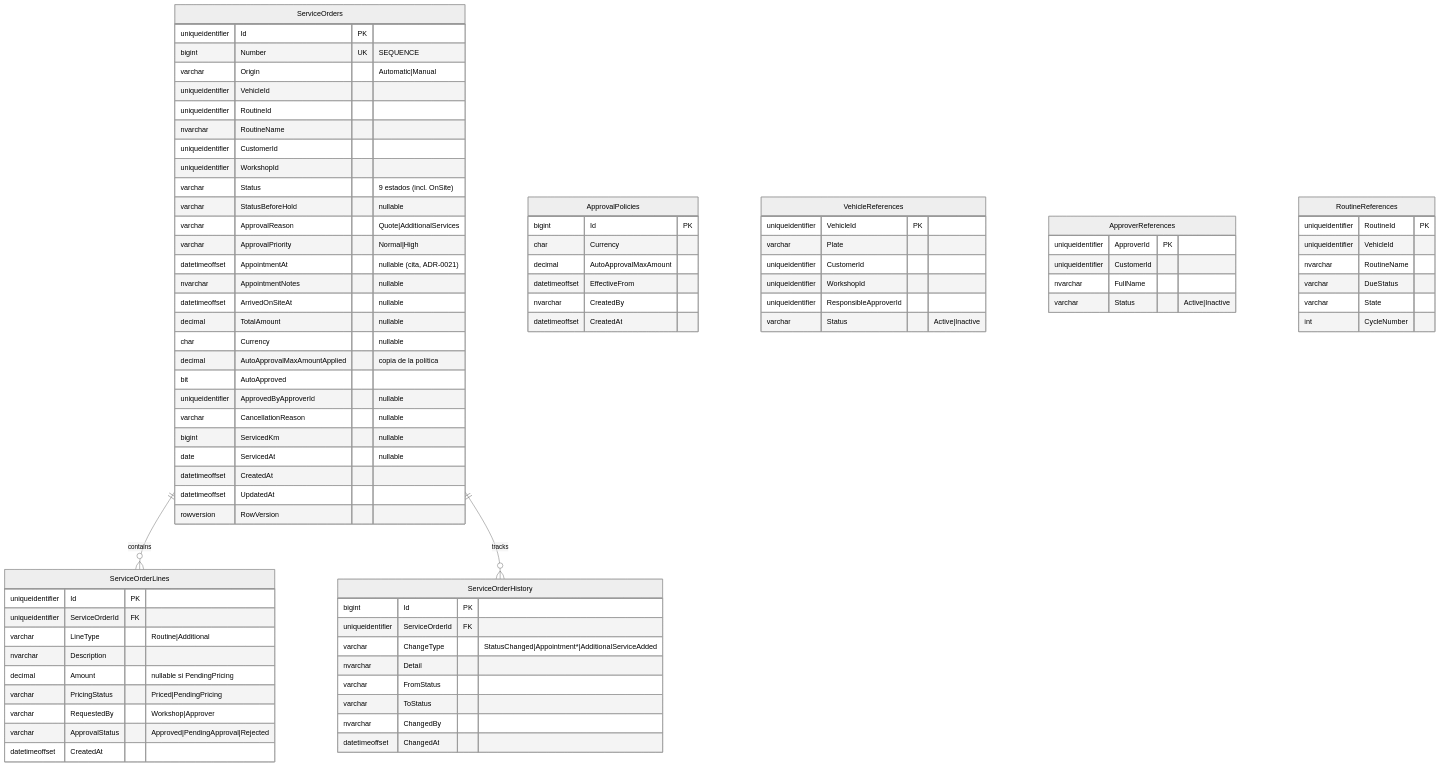
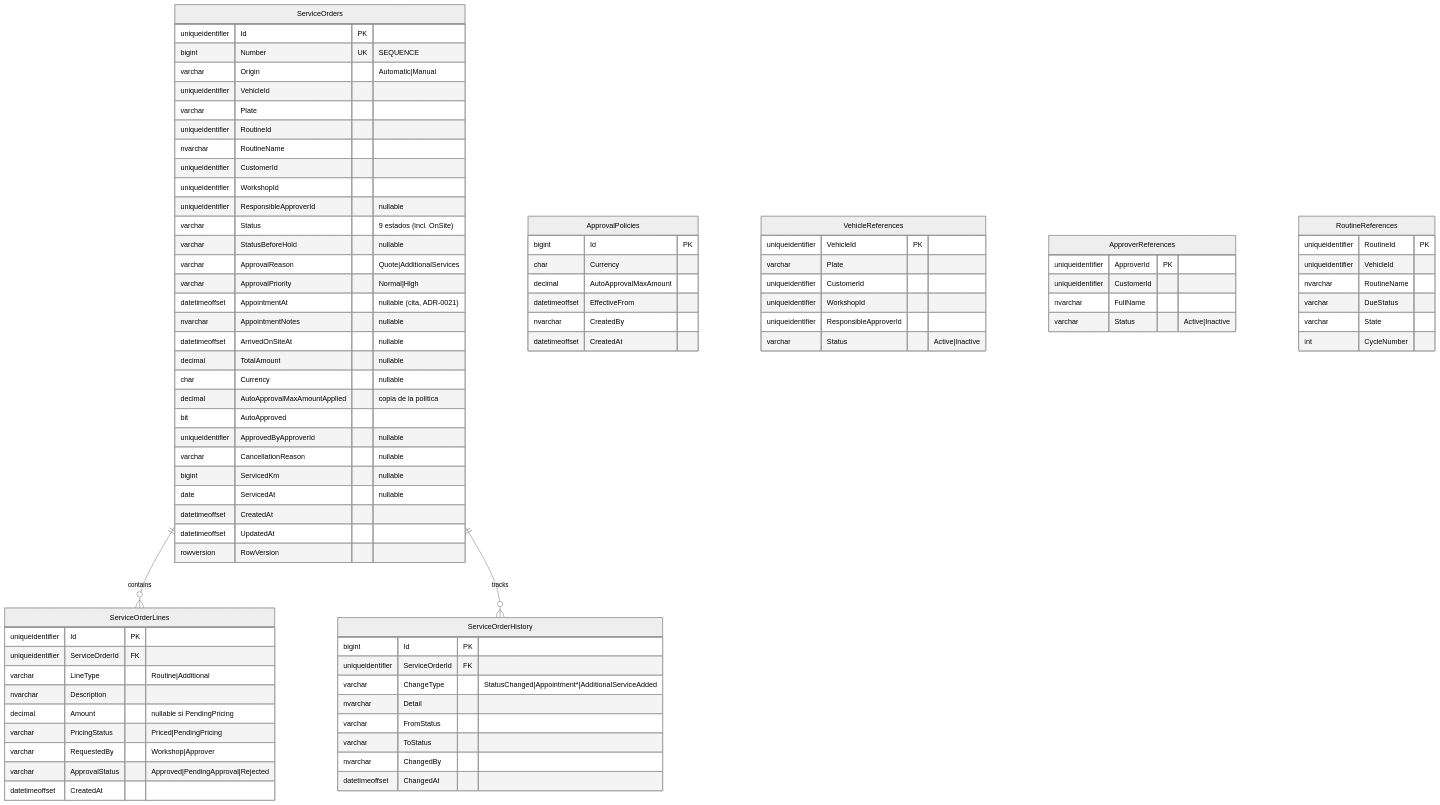
The fifth of 8 diagrams in docs/architecture/data-model.md (dmazo1023/rutaviva-fleet-maintenance-platform), drawn with Mermaid (neutral theme) before and after one commit. The commit also changed other lines of this file and 60 other files, not shown here.

```diff
--- a/docs/architecture/data-model.md
+++ b/docs/architecture/data-model.md
@@ -189,10 +209,12 @@
         bigint Number UK "SEQUENCE"
         varchar Origin "Automatic|Manual"
         uniqueidentifier VehicleId
+        varchar Plate
         uniqueidentifier RoutineId
         nvarchar RoutineName
         uniqueidentifier CustomerId
         uniqueidentifier WorkshopId
+        uniqueidentifier ResponsibleApproverId "nullable"
         varchar Status "9 estados (incl. OnSite)"
         varchar StatusBeforeHold "nullable"
         varchar ApprovalReason "Quote|AdditionalServices"
```
